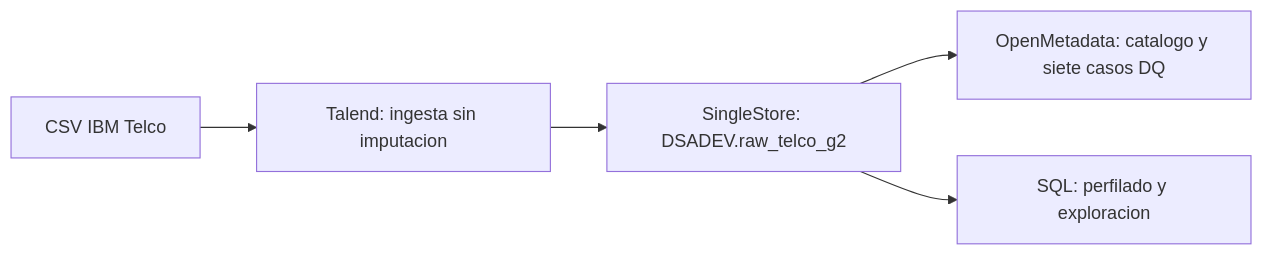
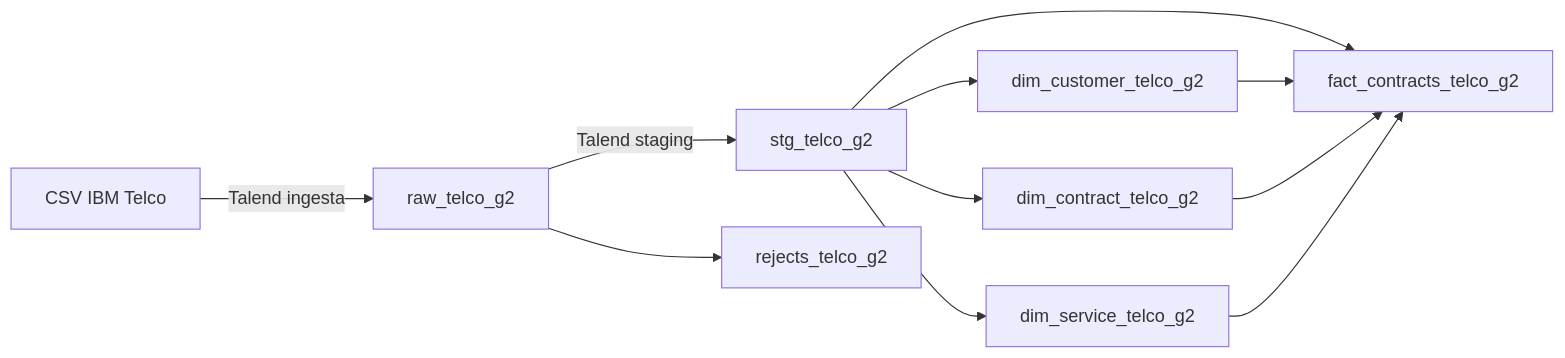
The diagram in README.md (jennifferB/datathon-telco-churn), drawn with Mermaid before and after one commit. The commit also changed other lines of this file and 8 other files, not shown here.

````diff
--- a/README.md
+++ b/README.md
@@ -70,7 +72,13 @@
 ```mermaid
 flowchart LR
-    A[CSV IBM Telco] --> B[Talend: ingesta sin imputacion]
-    B --> C[SingleStore: DSADEV.raw_telco_g2]
-    C --> D[OpenMetadata: catalogo y siete casos DQ]
-    C --> E[SQL: perfilado y exploracion]
+    A[CSV IBM Telco] -->|Talend ingesta| R[raw_telco_g2]
+    R -->|Talend staging| S[stg_telco_g2]
+    R --> X[rejects_telco_g2]
+    S --> C[dim_customer_telco_g2]
+    S --> T[dim_contract_telco_g2]
+    S --> V[dim_service_telco_g2]
+    S --> F[fact_contracts_telco_g2]
+    C --> F
+    T --> F
+    V --> F
 ```
````
